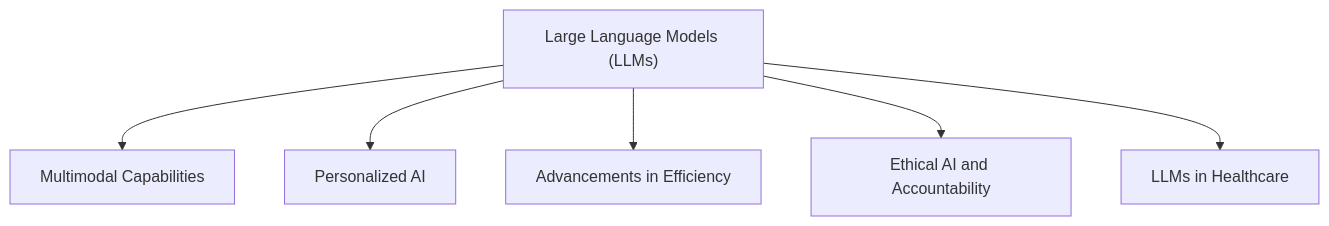
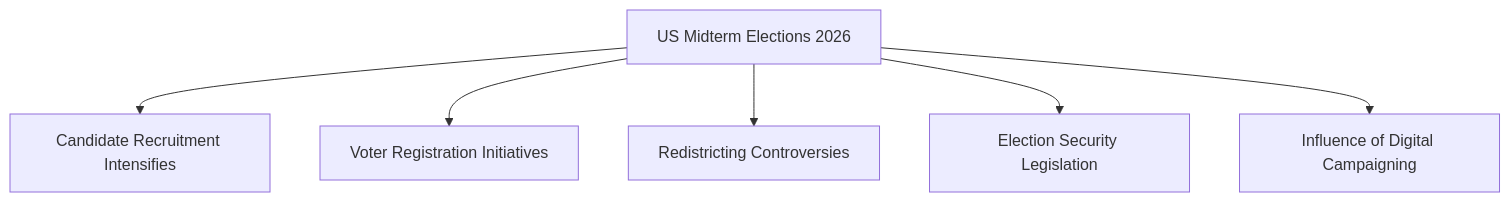
Before and after one commit to durgasai/learningrepo: the diagram in notes.md, drawn with Mermaid. The commit also changed other lines of this file and 7 other files, not shown here.

````diff
--- a/notes.md
+++ b/notes.md
@@ -5,15 +5,15 @@
 ```mermaid
 flowchart TD
-A["Large Language Models (LLMs)"]
-B["Multimodal Capabilities"]
-C["Personalized AI"]
-D["Advancements in Efficiency"]
-E["Ethical AI and Accountability"]
-F["LLMs in Healthcare"]
+A["US Midterm Elections 2026"]
+B["Candidate Recruitment Intensifies"]
+C["Voter Registration Initiatives"]
+D["Redistricting Controversies"]
+E["Election Security Legislation"]
+F["Influence of Digital Campaigning"]
 
 A --> B
 A --> C
 A --> D
 A --> E
 A --> F
 ```
````
